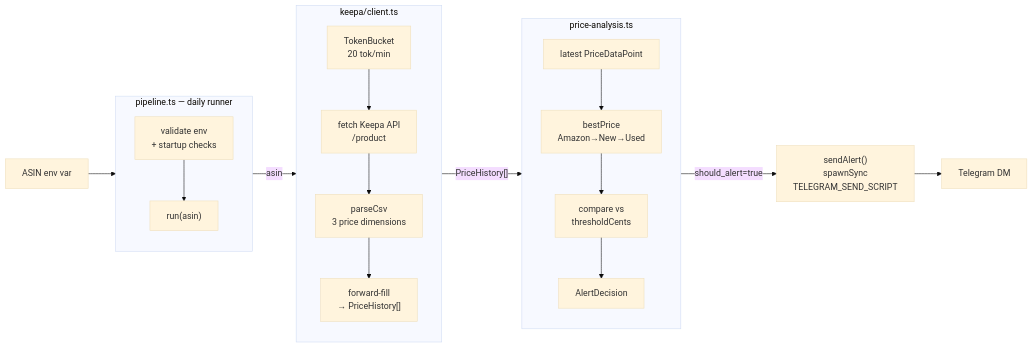
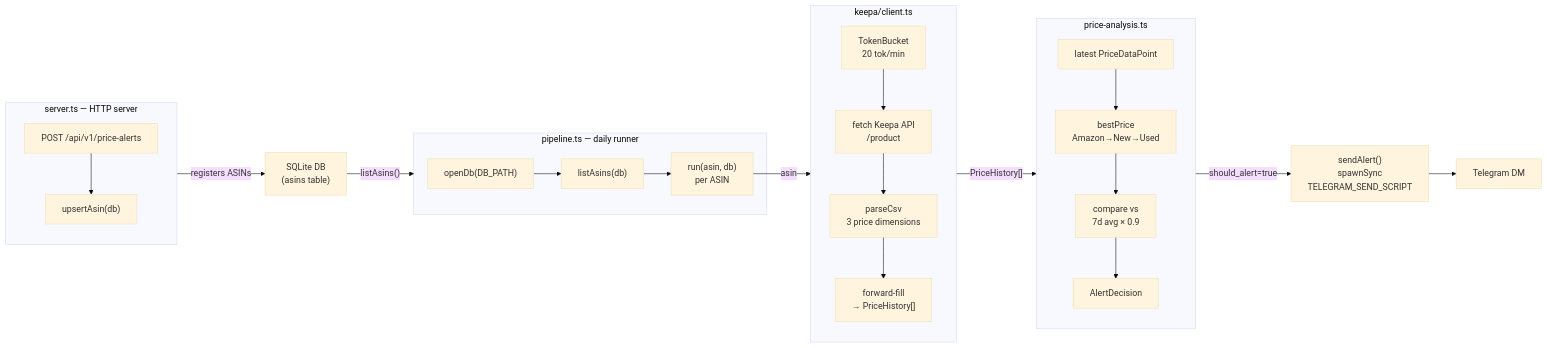
The diagram in README.md (damilola-elegbede-org/price-pulse), drawn with Mermaid (base theme) before and after one commit. The commit also changed other lines of this file and 1 other file, not shown here.

First line of the commit message:
docs: address Cleo review — fix stale README, add API docs, CHANGELOG entry

````diff
--- a/README.md
+++ b/README.md
@@ -13,32 +11,41 @@
 ```mermaid
 flowchart LR
-    env["ASIN env var"]
-    env --> pipeline
+    db["SQLite DB\n(asins table)"]
+    db -->|"listAsins()"| pipeline
 
     subgraph pipeline["pipeline.ts — daily runner"]
-        p1["validate env\n+ startup checks"]
-        p2["run(asin)"]
-        p1 --> p2
+        p1["openDb(DB_PATH)"]
+        p2["listAsins(db)"]
+        p3["run(asin, db)\nper ASIN"]
+        p1 --> p2 --> p3
     end
 
     subgraph keepa["keepa/client.ts"]
         k1["TokenBucket\n20 tok/min"]
         k2["fetch Keepa API\n/product"]
         k3["parseCsv\n3 price dimensions"]
         k4["forward-fill\n→ PriceHistory[]"]
         k1 --> k2 --> k3 --> k4
     end
 
     subgraph analysis["price-analysis.ts"]
         a1["latest PriceDataPoint"]
         a2["bestPrice\nAmazon→New→Used"]
-        a3["compare vs\nthresholdCents"]
+        a3["compare vs\n7d avg × 0.9"]
         a4["AlertDecision"]
         a1 --> a2 --> a3 --> a4
     end
 
-    pipeline -->|asin| keepa
+    p3 -->|asin| keepa
     keepa -->|"PriceHistory[]"| analysis
     analysis -->|"should_alert=true"| alert["sendAlert()\nspawnSync\nTELEGRAM_SEND_SCRIPT"]
     alert --> telegram["Telegram DM"]
+
+    subgraph server["server.ts — HTTP server"]
+        s1["POST /api/v1/price-alerts"]
+        s2["upsertAsin(db)"]
+        s1 --> s2
+    end
+
+    server -->|"registers ASINs"| db
 ```
````
